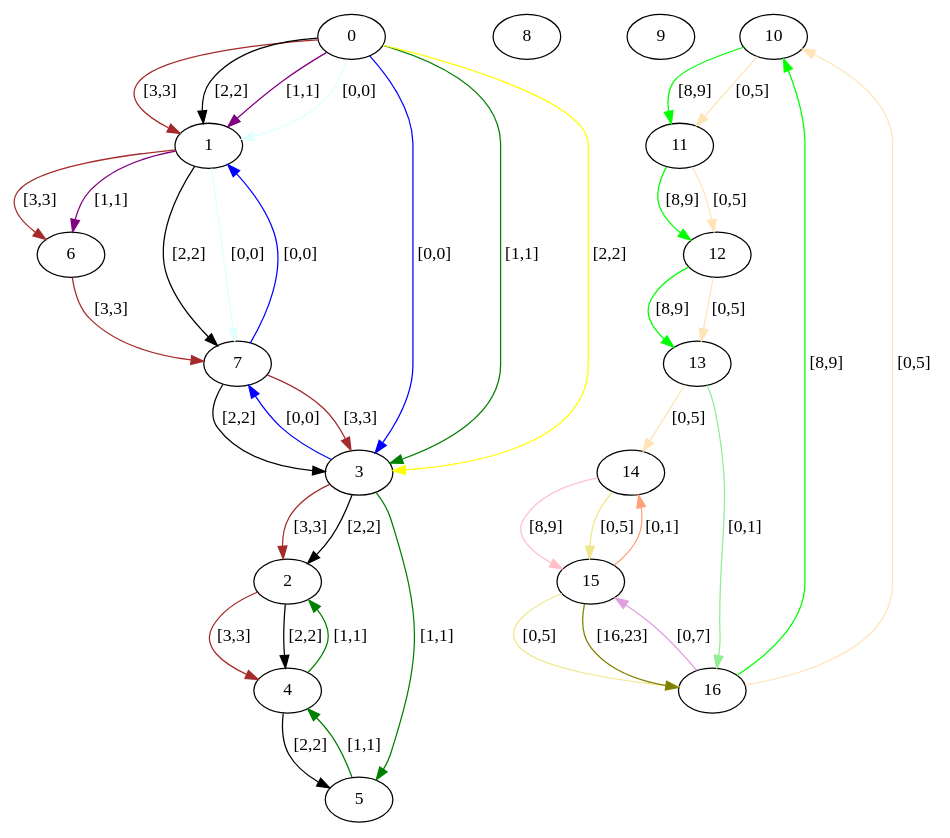
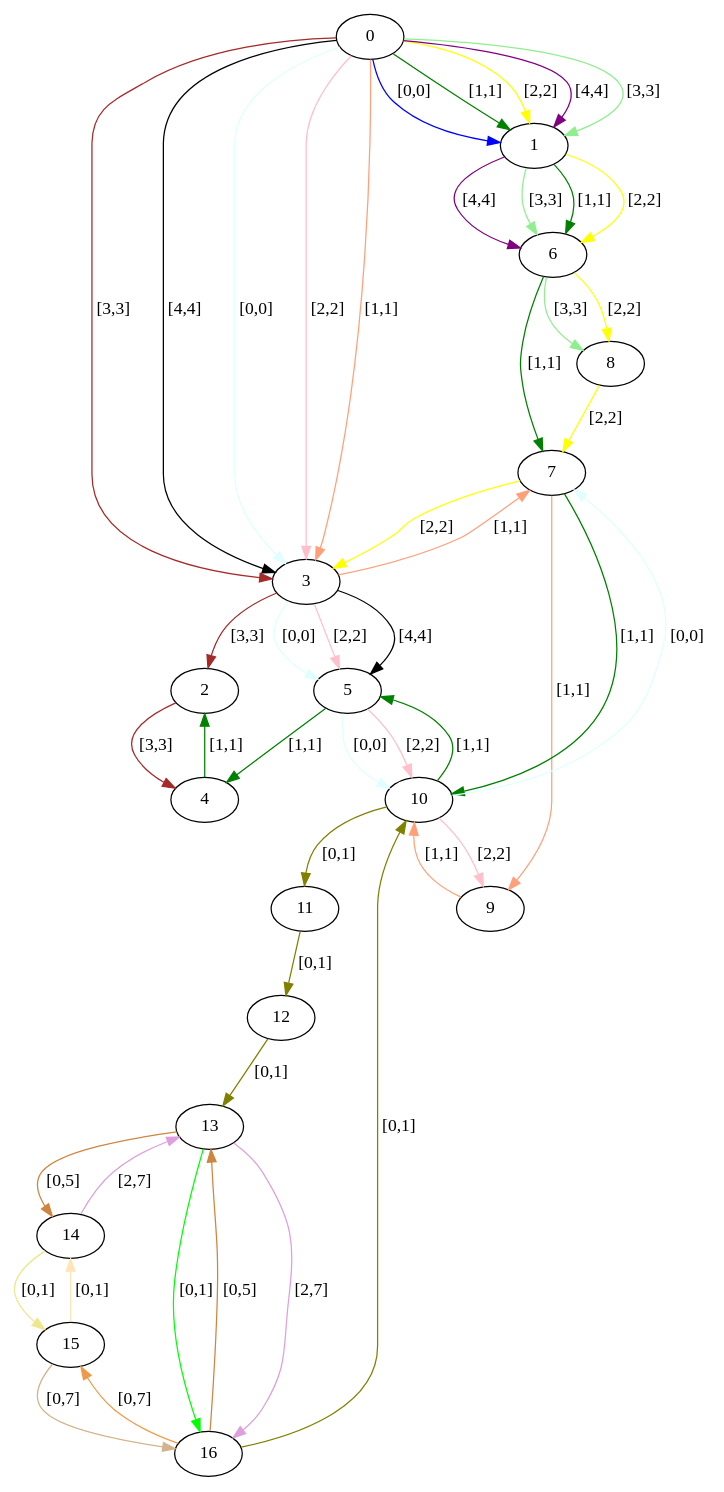
Before and after one commit to Hebbe1234/ExpectAll: the diagram in src/assignedGraphs/assigned.dot, drawn with Graphviz. The commit also changed 4 other files, not shown here.

```diff
--- a/src/assignedGraphs/assigned.dot
+++ b/src/assignedGraphs/assigned.dot
@@ -1,59 +1,67 @@
 digraph  {
 0 [label=0];
 1 [label=1];
 2 [label=2];
 3 [label=3];
 4 [label=4];
 5 [label=5];
 6 [label=6];
 7 [label=7];
 8 [label=8];
 9 [label=9];
 10 [label=10];
 11 [label=11];
 12 [label=12];
 13 [label=13];
 14 [label=14];
 15 [label=15];
 16 [label=16];
-0 -> 3  [color=blue, key=0, label="[0,0]"];
-0 -> 3  [color=green, key=1, label="[1,1]"];
-0 -> 3  [color=yellow, key=2, label="[2,2]"];
-0 -> 1  [color=brown, key=0, label="[3,3]"];
-0 -> 1  [color=black, key=1, label="[2,2]"];
-0 -> 1  [color=purple, key=2, label="[1,1]"];
-0 -> 1  [color=lightcyan, key=3, label="[0,0]"];
-1 -> 6  [color=brown, key=0, label="[3,3]"];
-1 -> 6  [color=purple, key=1, label="[1,1]"];
-1 -> 7  [color=black, key=0, label="[2,2]"];
-1 -> 7  [color=lightcyan, key=1, label="[0,0]"];
+0 -> 1  [color=blue, key=0, label="[0,0]"];
+0 -> 1  [color=green, key=1, label="[1,1]"];
+0 -> 1  [color=yellow, key=2, label="[2,2]"];
+0 -> 1  [color=purple, key=3, label="[4,4]"];
+0 -> 1  [color=lightgreen, key=4, label="[3,3]"];
+0 -> 3  [color=brown, key=0, label="[3,3]"];
+0 -> 3  [color=black, key=1, label="[4,4]"];
+0 -> 3  [color=lightcyan, key=2, label="[0,0]"];
+0 -> 3  [color=pink, key=3, label="[2,2]"];
+0 -> 3  [color=lightsalmon, key=4, label="[1,1]"];
+1 -> 6  [color=green, key=0, label="[1,1]"];
+1 -> 6  [color=yellow, key=1, label="[2,2]"];
+1 -> 6  [color=purple, key=2, label="[4,4]"];
+1 -> 6  [color=lightgreen, key=3, label="[3,3]"];
 2 -> 4  [color=brown, key=0, label="[3,3]"];
-2 -> 4  [color=black, key=1, label="[2,2]"];
-3 -> 7  [color=blue, key=0, label="[0,0]"];
-3 -> 5  [color=green, key=0, label="[1,1]"];
 3 -> 2  [color=brown, key=0, label="[3,3]"];
-3 -> 2  [color=black, key=1, label="[2,2]"];
+3 -> 5  [color=black, key=0, label="[4,4]"];
+3 -> 5  [color=lightcyan, key=1, label="[0,0]"];
+3 -> 5  [color=pink, key=2, label="[2,2]"];
+3 -> 7  [color=lightsalmon, key=0, label="[1,1]"];
 4 -> 2  [color=green, key=0, label="[1,1]"];
-4 -> 5  [color=black, key=0, label="[2,2]"];
 5 -> 4  [color=green, key=0, label="[1,1]"];
-6 -> 7  [color=brown, key=0, label="[3,3]"];
-7 -> 1  [color=blue, key=0, label="[0,0]"];
-7 -> 3  [color=brown, key=0, label="[3,3]"];
-7 -> 3  [color=black, key=1, label="[2,2]"];
-10 -> 11  [color=lime, key=0, label="[8,9]"];
-10 -> 11  [color=moccasin, key=1, label="[0,5]"];
-11 -> 12  [color=lime, key=0, label="[8,9]"];
-11 -> 12  [color=moccasin, key=1, label="[0,5]"];
-12 -> 13  [color=lime, key=0, label="[8,9]"];
-12 -> 13  [color=moccasin, key=1, label="[0,5]"];
-13 -> 16  [color=lightgreen, key=0, label="[0,1]"];
-13 -> 14  [color=moccasin, key=0, label="[0,5]"];
-14 -> 15  [color=pink, key=0, label="[8,9]"];
-14 -> 15  [color=khaki, key=1, label="[0,5]"];
-15 -> 14  [color=lightsalmon, key=0, label="[0,1]"];
-15 -> 16  [color=khaki, key=0, label="[0,5]"];
-15 -> 16  [color=olive, key=1, label="[16,23]"];
-16 -> 10  [color=lime, key=0, label="[8,9]"];
-16 -> 10  [color=moccasin, key=1, label="[0,5]"];
-16 -> 15  [color=plum, key=0, label="[0,7]"];
+5 -> 10  [color=lightcyan, key=0, label="[0,0]"];
+5 -> 10  [color=pink, key=1, label="[2,2]"];
+6 -> 7  [color=green, key=0, label="[1,1]"];
+6 -> 8  [color=yellow, key=0, label="[2,2]"];
+6 -> 8  [color=lightgreen, key=1, label="[3,3]"];
+7 -> 10  [color=green, key=0, label="[1,1]"];
+7 -> 3  [color=yellow, key=0, label="[2,2]"];
+7 -> 9  [color=lightsalmon, key=0, label="[1,1]"];
+8 -> 7  [color=yellow, key=0, label="[2,2]"];
+9 -> 10  [color=lightsalmon, key=0, label="[1,1]"];
+10 -> 5  [color=green, key=0, label="[1,1]"];
+10 -> 7  [color=lightcyan, key=0, label="[0,0]"];
+10 -> 9  [color=pink, key=0, label="[2,2]"];
+10 -> 11  [color=olive, key=0, label="[0,1]"];
+11 -> 12  [color=olive, key=0, label="[0,1]"];
+12 -> 13  [color=olive, key=0, label="[0,1]"];
+13 -> 16  [color=lime, key=0, label="[0,1]"];
+13 -> 16  [color=plum, key=1, label="[2,7]"];
+13 -> 14  [color=peru, key=0, label="[0,5]"];
+14 -> 15  [color=khaki, key=0, label="[0,1]"];
+14 -> 13  [color=plum, key=0, label="[2,7]"];
+15 -> 14  [color=moccasin, key=0, label="[0,1]"];
+15 -> 16  [color=tan, key=0, label="[0,7]"];
+16 -> 10  [color=olive, key=0, label="[0,1]"];
+16 -> 13  [color=peru, key=0, label="[0,5]"];
+16 -> 15  [color=tan2, key=0, label="[0,7]"];
 }
```
